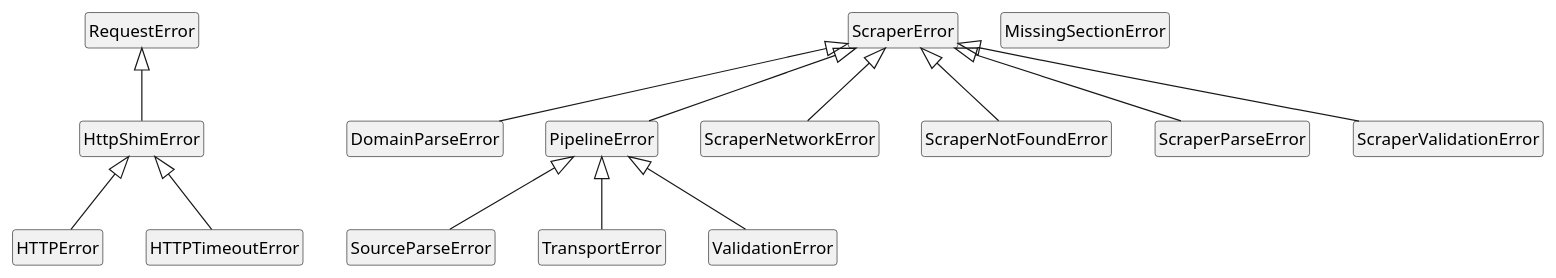
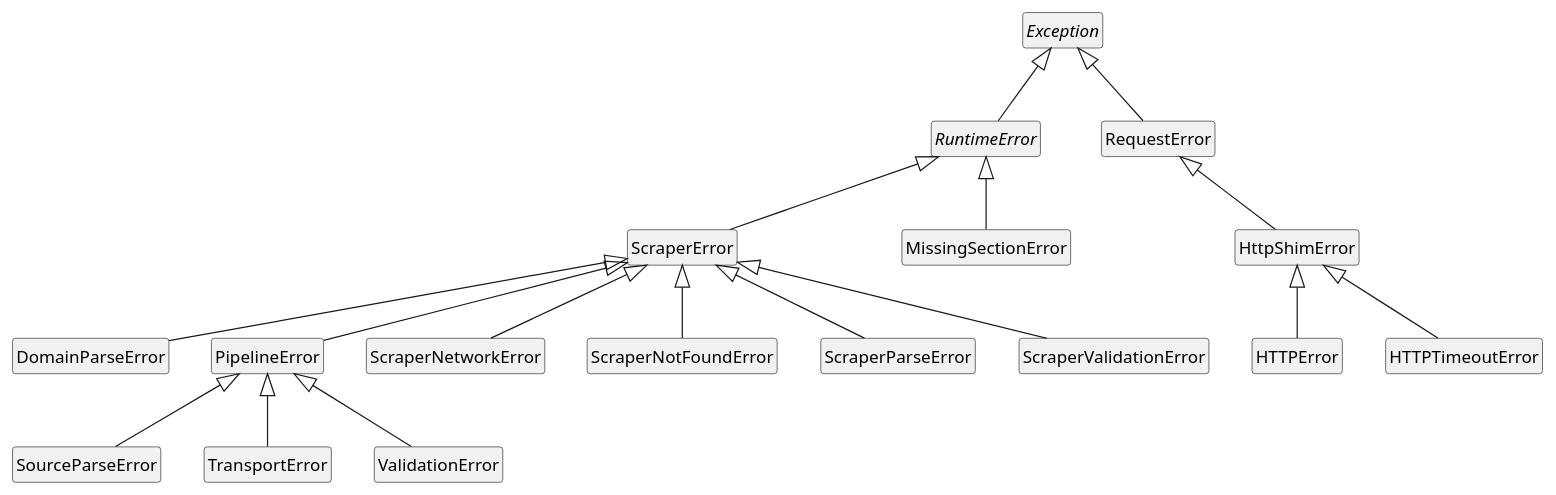
Before and after one commit to bgembalczyk/F1: the diagram in docs/uml/handmade/errors/errors.puml, drawn with PlantUML. The commit also changed 3 other files, not shown here.

Commit message:
ręczne poprawki do schematów

```diff
--- a/docs/uml/handmade/errors/errors.puml
+++ b/docs/uml/handmade/errors/errors.puml
@@ -1,39 +1,47 @@
 @startuml
 
 hide circle
 hide empty members
 
+abstract class Exception
+abstract class RuntimeError
 
 class RequestError
 class HttpShimError
 class HTTPError
 class HTTPTimeoutError
 class ScraperError
 class DomainParseError
 class PipelineError
 class ScraperNetworkError
 class ScraperNotFoundError
 class ScraperParseError
 class ScraperValidationError
 class SourceParseError
 class TransportError
 class ValidationError
 class MissingSectionError
 
 
+Exception <|-- RuntimeError
+Exception <|-- RequestError
+
+RuntimeError <|-- ScraperError
+RuntimeError <|-- MissingSectionError
+
 RequestError <|-- HttpShimError
 
 HttpShimError <|-- HTTPError
 HttpShimError <|-- HTTPTimeoutError
 
 ScraperError <|-- DomainParseError
 ScraperError <|-- PipelineError
 ScraperError <|-- ScraperNetworkError
 ScraperError <|-- ScraperNotFoundError
 ScraperError <|-- ScraperParseError
 ScraperError <|-- ScraperValidationError
 
 PipelineError <|-- SourceParseError
 PipelineError <|-- TransportError
 PipelineError <|-- ValidationError
 @enduml
```
